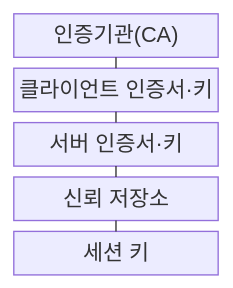
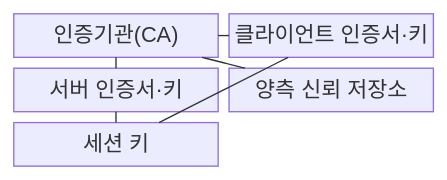
One commit to agnusdei1207/knowledge-base changed the first of 2 diagrams in src/content/docs/notes/04-network/031_mtls_mutual_tls.md. Above: the diagram before and after it, drawn with Mermaid. The commit also changed other lines of this file and 20 other files, not shown here.

````diff
--- a/src/content/docs/notes/04-network/031_mtls_mutual_tls.md
+++ b/src/content/docs/notes/04-network/031_mtls_mutual_tls.md
@@ -49,13 +51,14 @@
 ```mermaid
-block-beta
-    columns 1
+block
+    columns 2
     A["인증기관(CA)"]
     B["클라이언트 인증서·키"]
     C["서버 인증서·키"]
-    D["신뢰 저장소"]
+    D["양측 신뢰 저장소"]
     E["세션 키"]
     A --- B
-    B --- C
-    C --- D
-    D --- E
+    A --- C
+    A --- D
+    B --- E
+    C --- E
 ```
````
